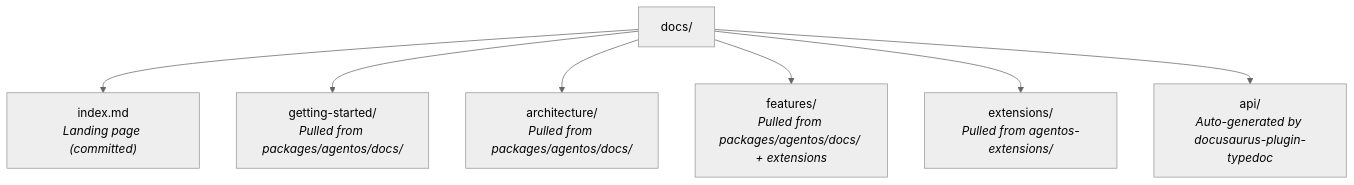
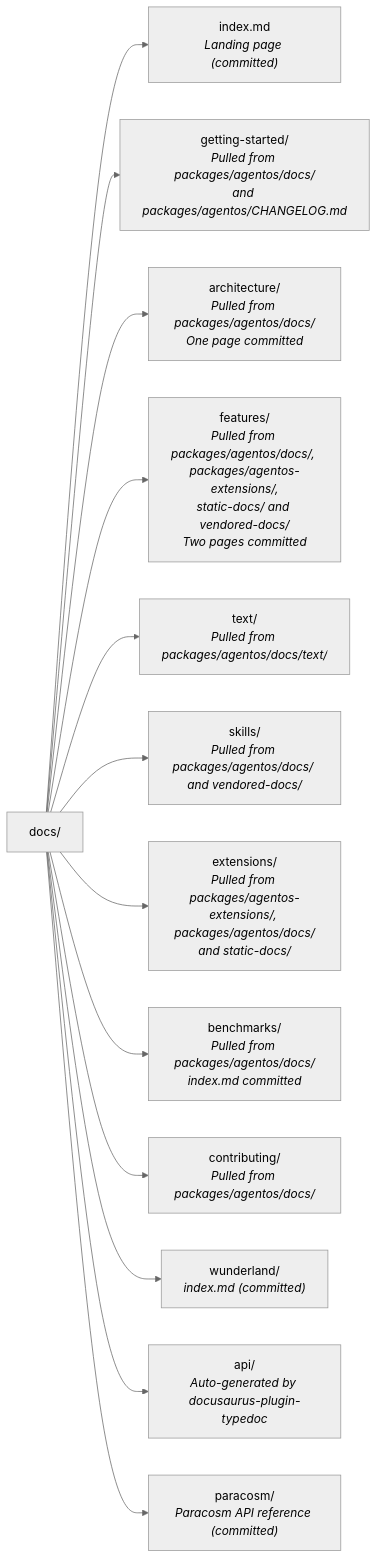
One commit to framerslab/agentos-live-docs changed the diagram in README.md. Above: the diagram before and after it, drawn with Mermaid (neutral theme). The commit also changed other lines of this file and 8 other files, not shown here.

Commit message:
docs: link Text Processing & Search in the Guides menu, update the cookbook count, ignore every pulled folder (#33)

````diff
--- a/README.md
+++ b/README.md
@@ -60,10 +57,16 @@
 ```mermaid
-graph TD
+graph LR
     DOCS["docs/"]
     DOCS --> IDX["index.md<br/><i>Landing page (committed)</i>"]
-    DOCS --> GS["getting-started/<br/><i>Pulled from packages/agentos/docs/</i>"]
-    DOCS --> ARCH["architecture/<br/><i>Pulled from packages/agentos/docs/</i>"]
-    DOCS --> FEAT["features/<br/><i>Pulled from packages/agentos/docs/ + extensions</i>"]
-    DOCS --> EXT["extensions/<br/><i>Pulled from agentos-extensions/</i>"]
+    DOCS --> GS["getting-started/<br/><i>Pulled from packages/agentos/docs/<br/>and packages/agentos/CHANGELOG.md</i>"]
+    DOCS --> ARCH["architecture/<br/><i>Pulled from packages/agentos/docs/</i><br/><i>One page committed</i>"]
+    DOCS --> FEAT["features/<br/><i>Pulled from packages/agentos/docs/, packages/agentos-extensions/,<br/>static-docs/ and vendored-docs/</i><br/><i>Two pages committed</i>"]
+    DOCS --> TEXT["text/<br/><i>Pulled from packages/agentos/docs/text/</i>"]
+    DOCS --> SKILLS["skills/<br/><i>Pulled from packages/agentos/docs/ and vendored-docs/</i>"]
+    DOCS --> EXT["extensions/<br/><i>Pulled from packages/agentos-extensions/, packages/agentos/docs/<br/>and static-docs/</i>"]
+    DOCS --> BENCH["benchmarks/<br/><i>Pulled from packages/agentos/docs/</i><br/><i>index.md committed</i>"]
+    DOCS --> CONTRIB["contributing/<br/><i>Pulled from packages/agentos/docs/</i>"]
+    DOCS --> WUND["wunderland/<br/><i>index.md (committed)</i>"]
     DOCS --> API["api/<br/><i>Auto-generated by docusaurus-plugin-typedoc</i>"]
+    DOCS --> PARA["paracosm/<br/><i>Paracosm API reference (committed)</i>"]
 ```
````
